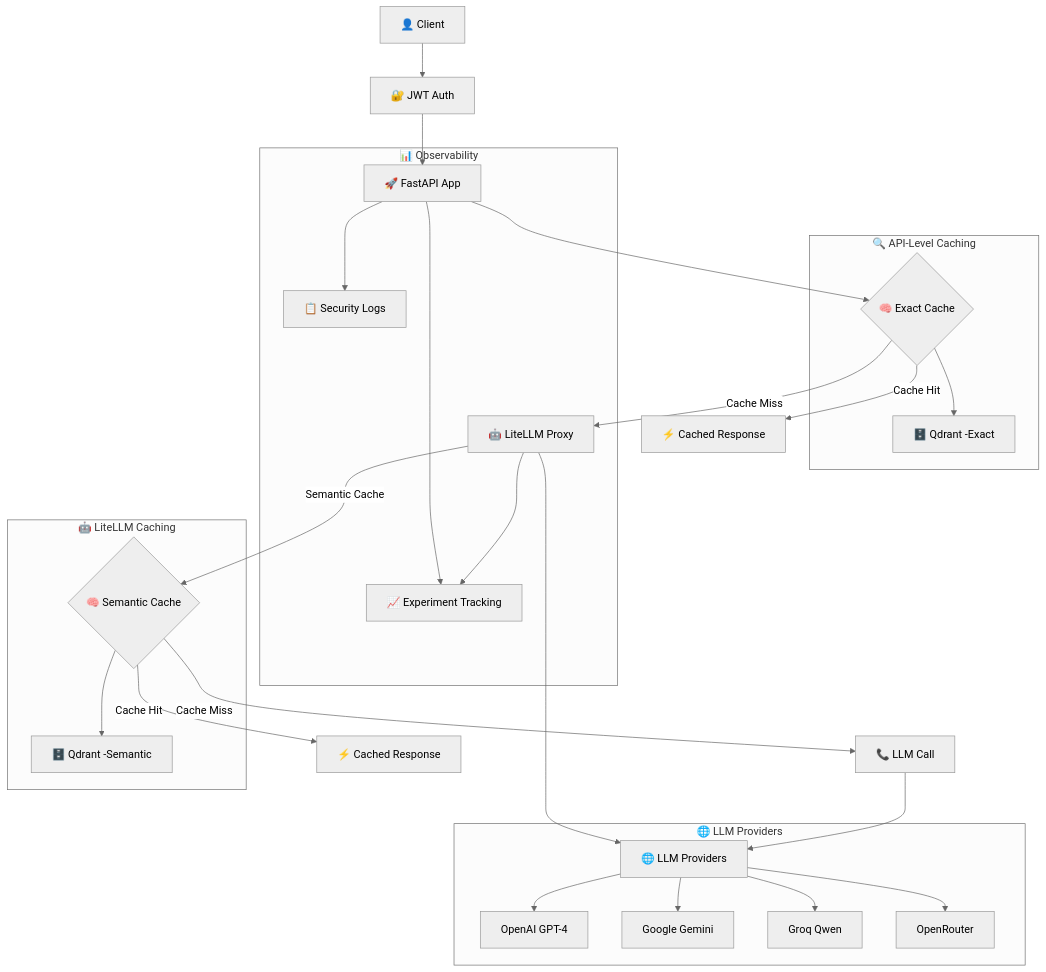
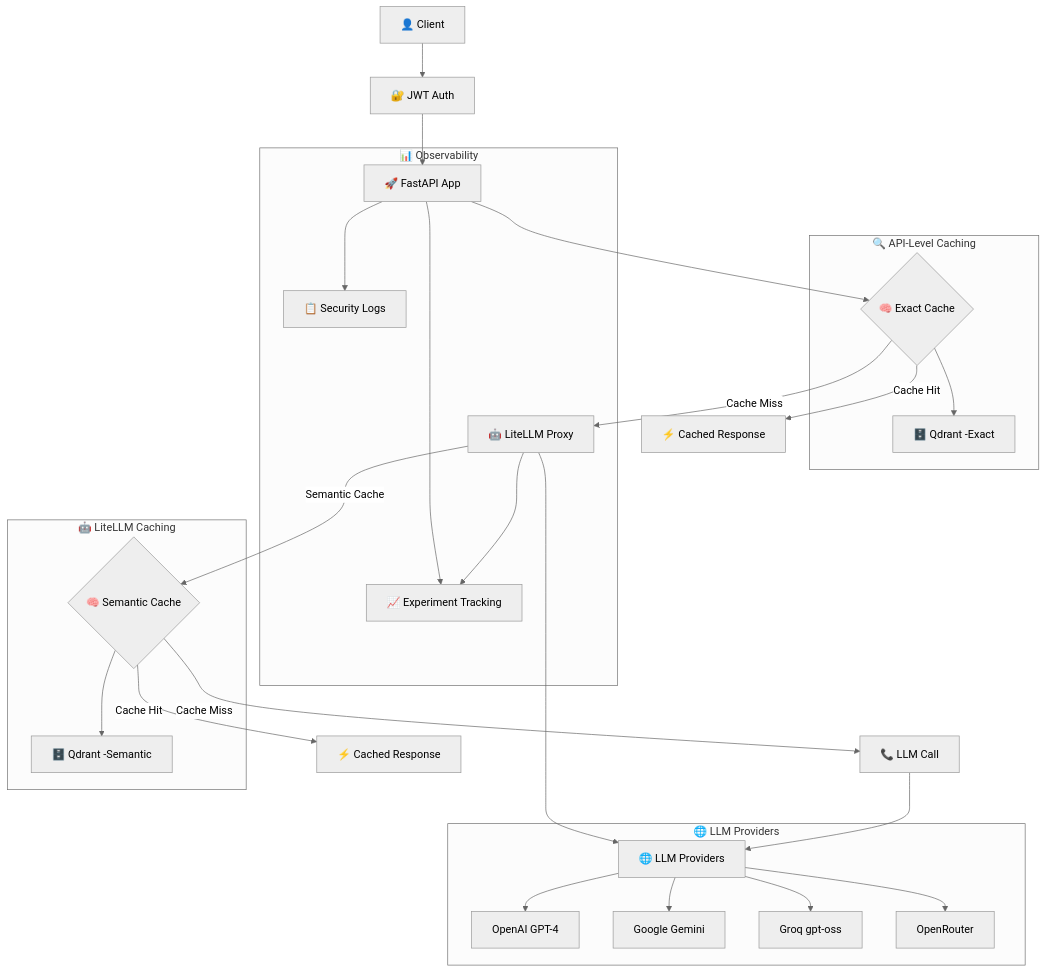
One commit to DataScientest/LLMOps-setup-course changed the diagram in README.md. Above: the diagram before and after it, drawn with Mermaid (neutral theme). The commit also changed other lines of this file and 22 other files, not shown here.

````diff
--- a/README.md
+++ b/README.md
@@ -53,34 +53,34 @@
 ```mermaid
 graph TB
     Client[👤 Client] --> Auth[🔐 JWT Auth]
     Auth --> API[🚀 FastAPI App]
     API --> Cache{🧠 Exact Cache}
     Cache -->|Cache Miss| LiteLLM[🤖 LiteLLM Proxy]
     Cache -->|Cache Hit| Return[⚡ Cached Response]
     LiteLLM --> Providers[🌐 LLM Providers]
     LiteLLM -->|Semantic Cache| LiteLLMCache{🧠 Semantic Cache}
     LiteLLMCache -->|Cache Hit| LiteLLMCached[⚡ Cached Response]
     LiteLLMCache -->|Cache Miss| LLMCall[📞 LLM Call]
     LLMCall --> Providers
     
     subgraph "🔍 API-Level Caching"
         Cache --> QdrantAPI[🗄️ Qdrant -Exact]
     end
     
     subgraph "🤖 LiteLLM Caching"
         LiteLLMCache --> QdrantLiteLLM[🗄️ Qdrant -Semantic]
     end
     
     subgraph "📊 Observability"
         API --> MLflow[📈 Experiment Tracking]
         API --> Logs[📋 Security Logs]
         LiteLLM --> MLflow
     end
     
     subgraph "🌐 LLM Providers"
         Providers --> OpenAI[OpenAI GPT-4]
         Providers --> Gemini[Google Gemini]
-        Providers --> Groq[Groq Qwen]
+        Providers --> Groq[Groq gpt-oss]
         Providers --> OpenRouter[OpenRouter]
     end
 ```
````
